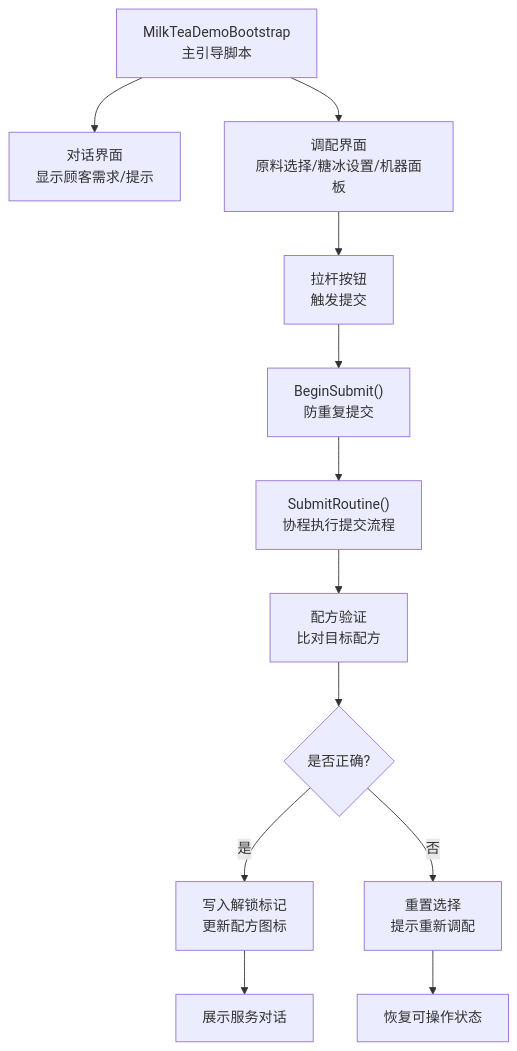
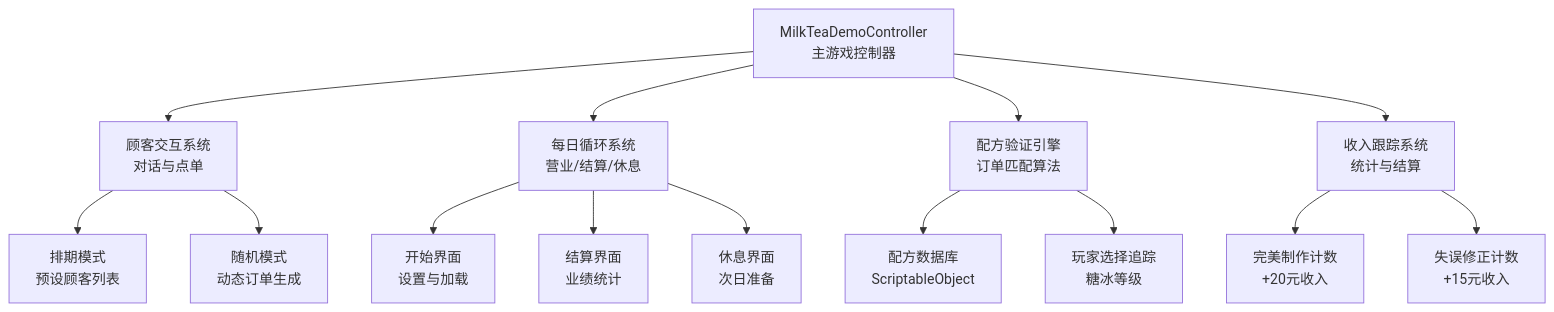
One commit to Thanatos42/-demo changed the first of 4 diagrams in .qoder/repowiki/zh/content/订单处理流程.md. Above: the diagram before and after it, drawn with Mermaid. The commit also changed other lines of this file and 16 other files, not shown here.

````diff
--- a/.qoder/repowiki/zh/content/订单处理流程.md
+++ b/.qoder/repowiki/zh/content/订单处理流程.md
@@ -26,14 +40,16 @@
 ```mermaid
 graph TB
-A["MilkTeaDemoBootstrap<br/>主引导脚本"] --> B["对话界面<br/>显示顾客需求/提示"]
-A --> C["调配界面<br/>原料选择/糖冰设置/机器面板"]
-C --> D["拉杆按钮<br/>触发提交"]
-D --> E["BeginSubmit()<br/>防重复提交"]
-E --> F["SubmitRoutine()<br/>协程执行提交流程"]
-F --> G["配方验证<br/>比对目标配方"]
-G --> H{"是否正确?"}
-H --> |是| I["写入解锁标记<br/>更新配方图标"]
-H --> |否| J["重置选择<br/>提示重新调配"]
-I --> K["展示服务对话"]
-J --> L["恢复可操作状态"]
+A["MilkTeaDemoController<br/>主游戏控制器"] --> B["顾客交互系统<br/>对话与点单"]
+A --> C["每日循环系统<br/>营业/结算/休息"]
+A --> D["配方验证引擎<br/>订单匹配算法"]
+A --> E["收入跟踪系统<br/>统计与结算"]
+B --> F["排期模式<br/>预设顾客列表"]
+B --> G["随机模式<br/>动态订单生成"]
+C --> H["开始界面<br/>设置与加载"]
+C --> I["结算界面<br/>业绩统计"]
+C --> J["休息界面<br/>次日准备"]
+D --> K["配方数据库<br/>ScriptableObject"]
+D --> L["玩家选择追踪<br/>糖冰等级"]
+E --> M["完美制作计数<br/>+20元收入"]
+E --> N["失误修正计数<br/>+15元收入"]
 ```
````
